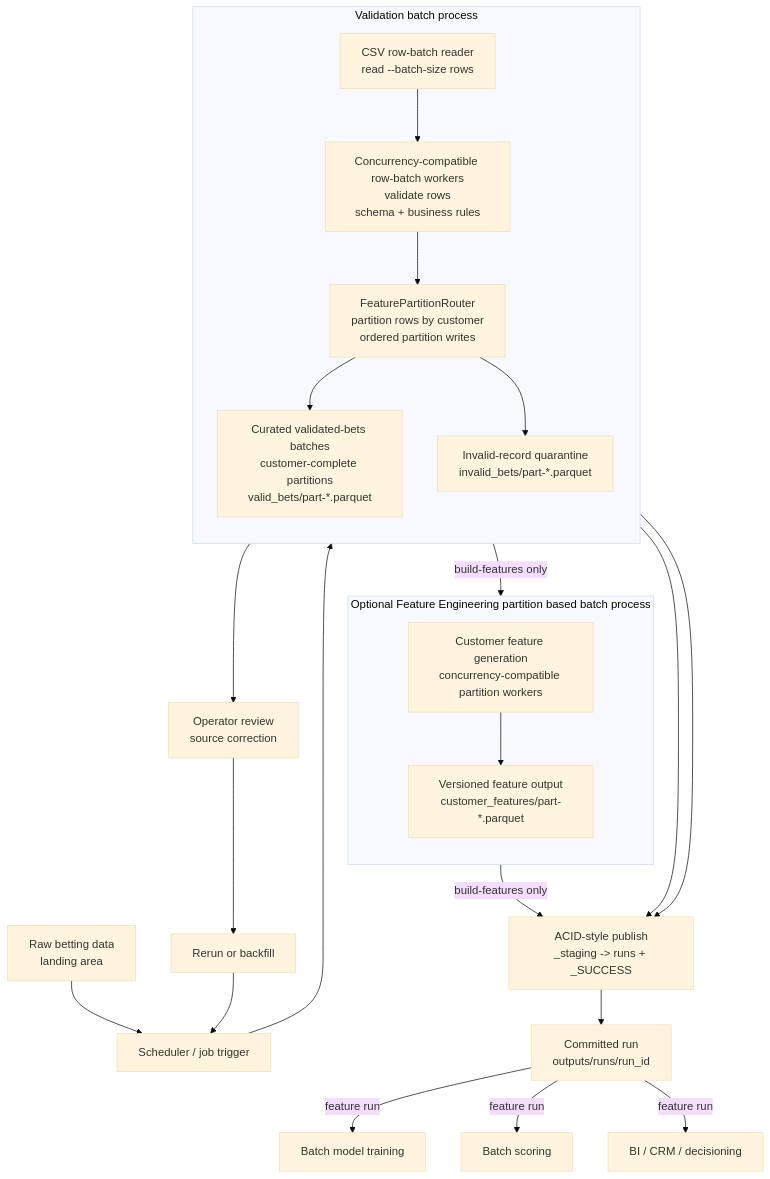
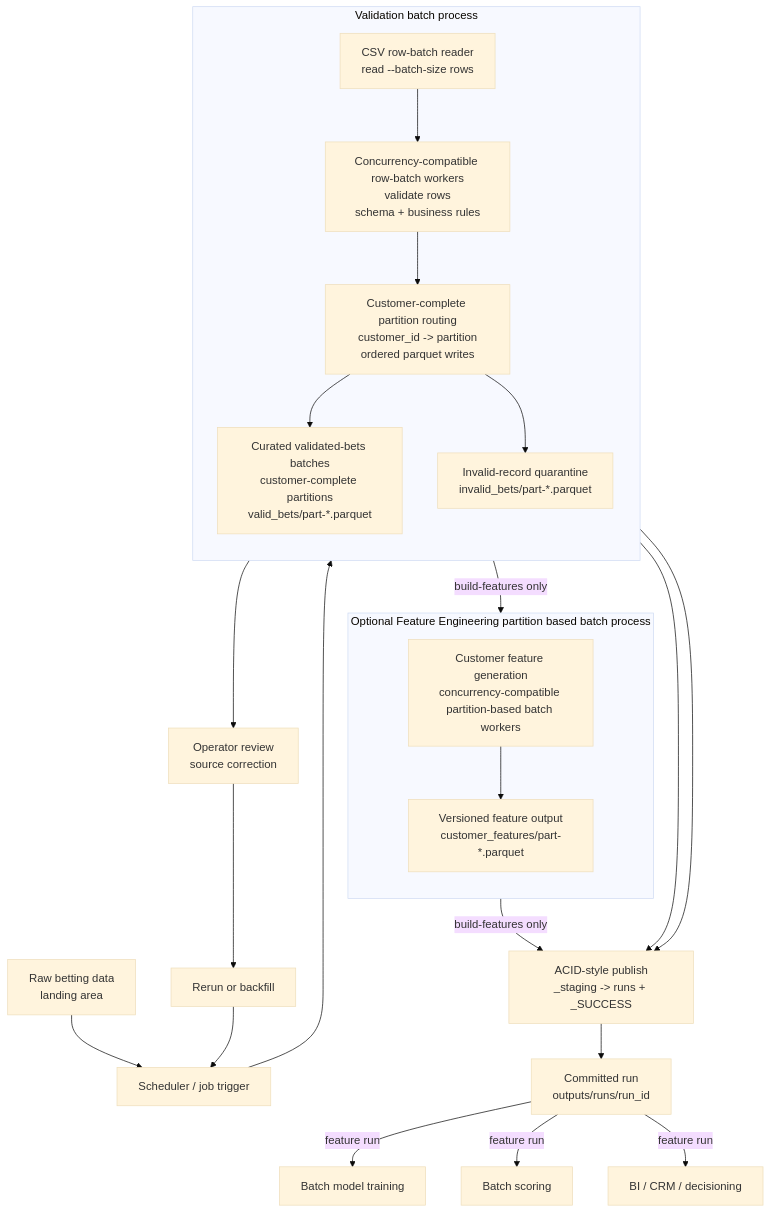
Before and after one commit to diyang/entain-case-test: the diagram in docs/architecture.md, drawn with Mermaid (base theme). The commit also changed other lines of this file and 4 other files, not shown here.

````diff
--- a/docs/architecture.md
+++ b/docs/architecture.md
@@ -5,44 +5,44 @@
 ```mermaid
 flowchart TD
     raw["Raw betting data<br/>landing area"]
     trigger["Scheduler / job trigger"]
 
     subgraph validation_batch["Validation batch process"]
         direction TD
         scan["CSV row-batch reader<br/>read --batch-size rows"]
         workers["Concurrency-compatible row-batch workers<br/>validate rows<br/>schema + business rules"]
-        router["FeaturePartitionRouter<br/>partition rows by customer<br/>ordered partition writes"]
+        router["Customer-complete partition routing<br/>customer_id -> partition<br/>ordered parquet writes"]
         valid["Curated validated-bets batches<br/>customer-complete partitions<br/>valid_bets/part-*.parquet"]
         invalid["Invalid-record quarantine<br/>invalid_bets/part-*.parquet"]
 
         scan --> workers --> router
         router --> valid
         router --> invalid
     end
 
     subgraph feature_engineering["Optional Feature Engineering partition based batch process"]
         direction TD
-        feature["Customer feature generation<br/>concurrency-compatible partition workers"]
+        feature["Customer feature generation<br/>concurrency-compatible partition-based batch workers"]
         output["Versioned feature output<br/>customer_features/part-*.parquet"]
 
         feature --> output
     end
 
     publish["ACID-style publish<br/>_staging -> runs + _SUCCESS"]
     run["Committed run<br/>outputs/runs/run_id"]
 
     raw --> trigger --> scan
     valid --> publish
     invalid --> publish
     valid -- "build-features only" --> feature
     output -- "build-features only" --> publish
     publish --> run
 
     review["Operator review<br/>source correction"]
     rerun["Rerun or backfill"]
     invalid --> review --> rerun --> trigger
 
     run -- "feature run" --> training["Batch model training"]
     run -- "feature run" --> scoring["Batch scoring"]
     run -- "feature run" --> analytics["BI / CRM / decisioning"]
 ```
````
